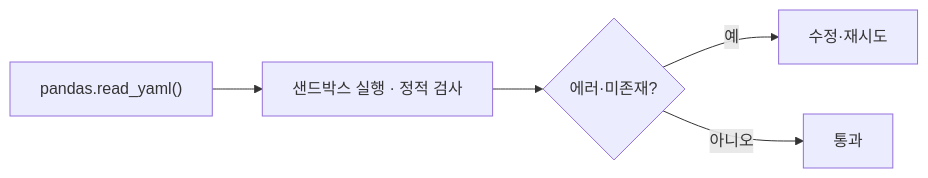
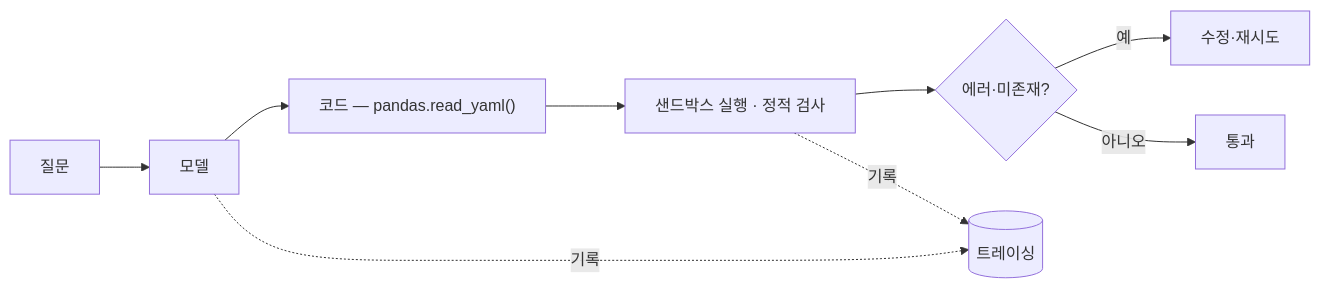
The fourth of 7 diagrams in src/content/concepts/ko/harness-engineering.mdx (CodeCompose7/awesome-ai-stack), drawn with Mermaid before and after one commit. The commit also changed other lines of this file and 2 other files, not shown here.

Commit message:
style(ui): colour diagram roles; mirror structure in code/API diagram
Add per-role node colours (model = blue, evaluator/checker = green,
tracing = amber) via --aas-role-* + class tags, theme-aware. The code/API
example now follows the same shape as the factual one: question → model
→ code → sandbox/static check → verdict, with both logging to tracing.

````diff
--- a/src/content/concepts/ko/harness-engineering.mdx
+++ b/src/content/concepts/ko/harness-engineering.mdx
@@ -120,7 +123,14 @@
 ```mermaid
 flowchart LR
-  call["pandas.read_yaml()"] --> run["샌드박스 실행 · 정적 검사"]
-  run --> err{"에러·미존재?"}
+  q["질문"] --> model["모델"]
+  model --> code["코드 — pandas.read_yaml()"]
+  code --> check["샌드박스 실행 · 정적 검사"]
+  check --> err{"에러·미존재?"}
   err -- 예 --> fix["수정·재시도"]
   err -- 아니오 --> pass["통과"]
+  model -.기록.-> trace[("트레이싱")]
+  check -.기록.-> trace
+  class model roleModel
+  class check roleEval
+  class trace roleTrace
 ```
````
